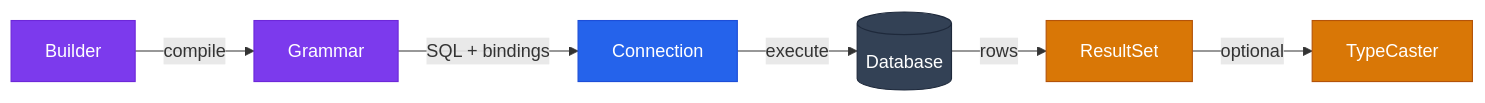
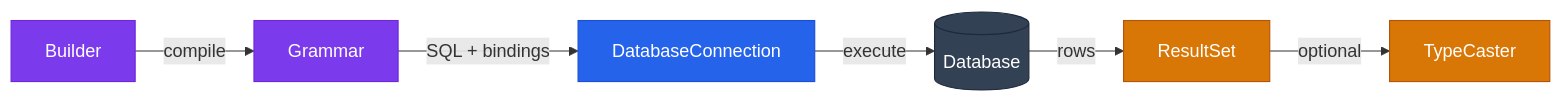
One commit to phpdot/database changed the third of 4 diagrams in README.md. Above: the diagram before and after it, drawn with Mermaid. The commit also changed other lines of this file and 21 other files, not shown here.

First line of the commit message:
Rename Connection to DatabaseConnection, ConnectionConnector to DatabaseConnector

````diff
--- a/README.md
+++ b/README.md
@@ -119,15 +119,15 @@
 ```mermaid
 graph LR
     A[Builder] -->|compile| B[Grammar]
-    B -->|SQL + bindings| C[Connection]
+    B -->|SQL + bindings| C[DatabaseConnection]
     C -->|execute| D[(Database)]
     D -->|rows| E[ResultSet]
     E -->|optional| F[TypeCaster]
 
     style A fill:#7c3aed,stroke:#6d28d9,color:#fff
     style B fill:#7c3aed,stroke:#6d28d9,color:#fff
     style C fill:#2563eb,stroke:#1d4ed8,color:#fff
     style D fill:#334155,stroke:#1e293b,color:#fff
     style E fill:#d97706,stroke:#b45309,color:#fff
     style F fill:#d97706,stroke:#b45309,color:#fff
 ```
````
